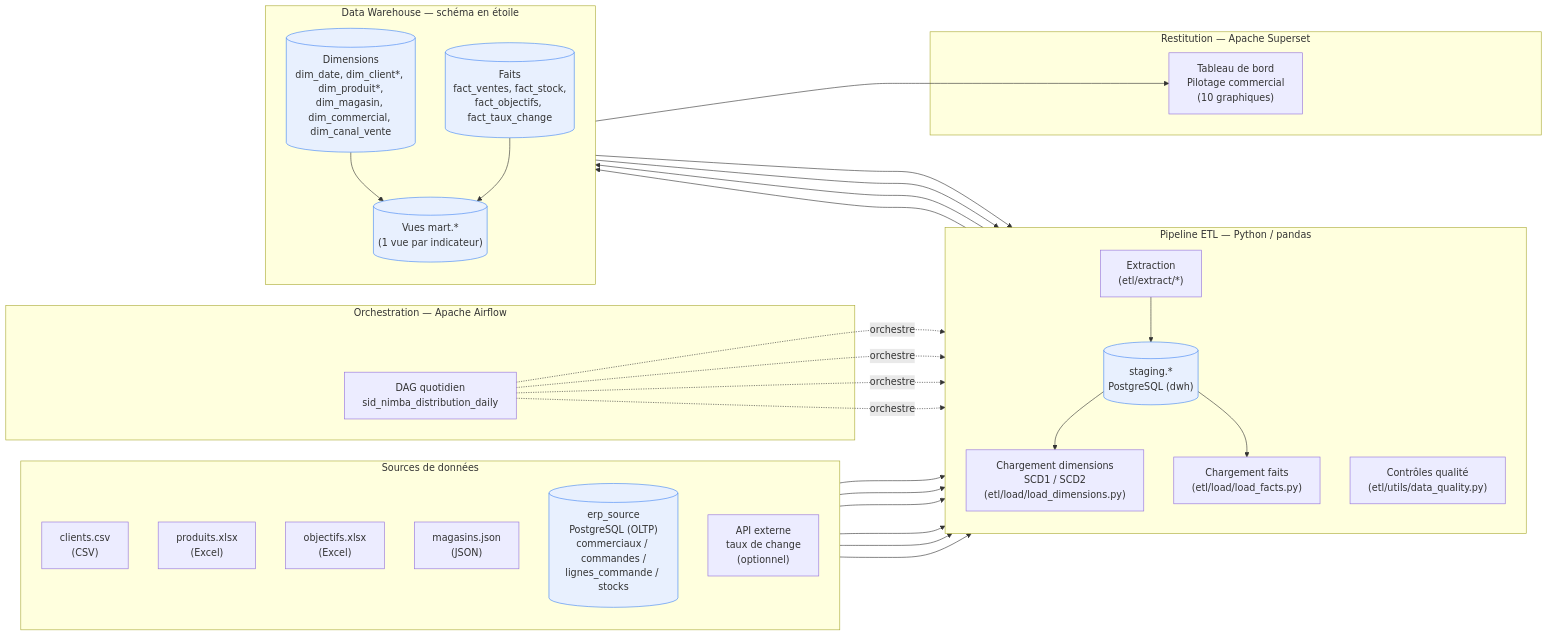
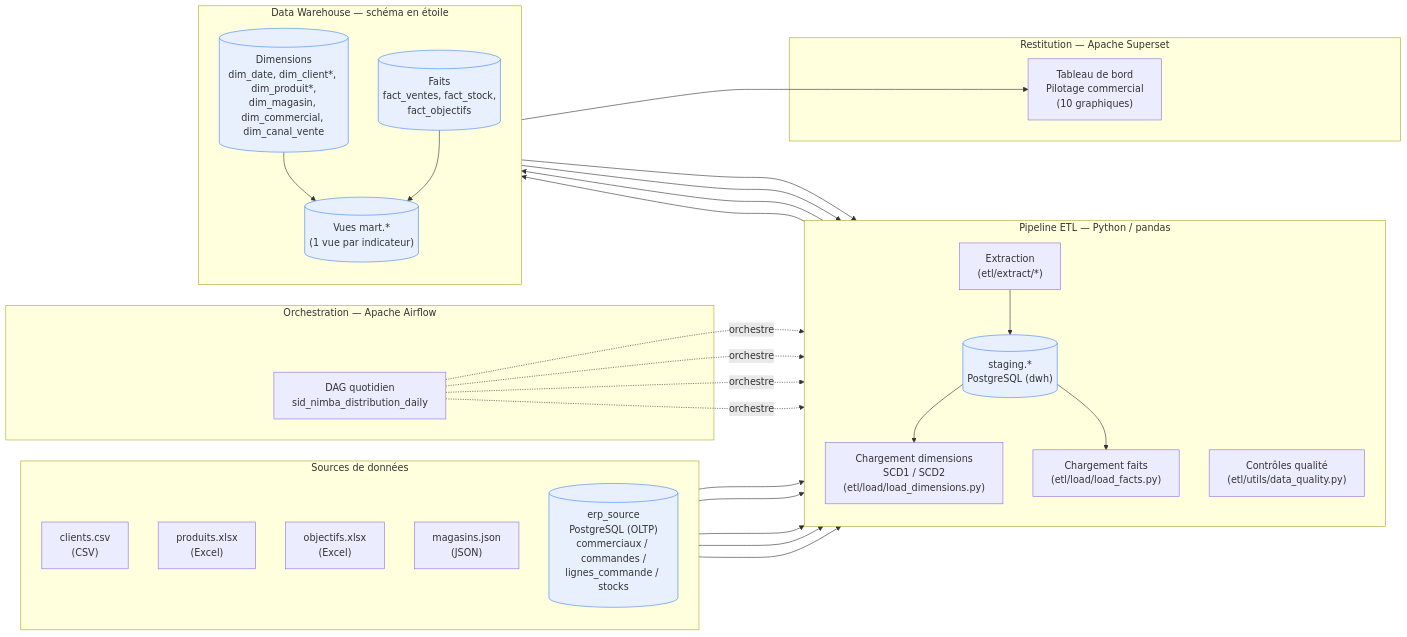
The second of 3 diagrams in docs/ARCHITECTURE.md (gbaderoga/sid-nimba-distribution), drawn with Mermaid before and after one commit. The commit also changed other lines of this file and 12 other files, not shown here.

First line of the commit message:
Retirer le module optionnel de taux de change (source API + fact_taux_change)

````diff
--- a/docs/ARCHITECTURE.md
+++ b/docs/ARCHITECTURE.md
@@ -40,60 +40,58 @@
 ```mermaid
 flowchart LR
     subgraph SOURCES["Sources de données"]
         direction TB
         CSV["clients.csv\n(CSV)"]
         XLS1["produits.xlsx\n(Excel)"]
         XLS2["objectifs.xlsx\n(Excel)"]
         JSON["magasins.json\n(JSON)"]
         ERP[("erp_source\nPostgreSQL (OLTP)\ncommerciaux / commandes /\nlignes_commande / stocks")]
-        API["API externe\ntaux de change\n(optionnel)"]
     end
 
     subgraph ETL["Pipeline ETL — Python / pandas"]
         direction TB
         EXTRACT["Extraction\n(etl/extract/*)"]
         STAGING[("staging.*\nPostgreSQL (dwh)")]
         LOADDIM["Chargement dimensions\nSCD1 / SCD2\n(etl/load/load_dimensions.py)"]
         LOADFACT["Chargement faits\n(etl/load/load_facts.py)"]
         DQ["Contrôles qualité\n(etl/utils/data_quality.py)"]
     end
 
     subgraph AIRFLOW["Orchestration — Apache Airflow"]
         DAG["DAG quotidien\nsid_nimba_distribution_daily"]
     end
 
     subgraph DWH["Data Warehouse — schéma en étoile"]
         direction TB
         DIMS[("Dimensions\ndim_date, dim_client*, dim_produit*,\ndim_magasin, dim_commercial, dim_canal_vente")]
-        FACTS[("Faits\nfact_ventes, fact_stock,\nfact_objectifs, fact_taux_change")]
+        FACTS[("Faits\nfact_ventes, fact_stock,\nfact_objectifs")]
         MART[("Vues mart.*\n(1 vue par indicateur)")]
     end
 
     subgraph BI["Restitution — Apache Superset"]
         DASH["Tableau de bord\nPilotage commercial\n(10 graphiques)"]
     end
 
     CSV --> EXTRACT
     XLS1 --> EXTRACT
     XLS2 --> EXTRACT
     JSON --> EXTRACT
     ERP --> EXTRACT
-    API --> EXTRACT
 
     EXTRACT --> STAGING
     STAGING --> LOADDIM --> DIMS
     STAGING --> LOADFACT
     DIMS --> LOADFACT --> FACTS
     FACTS --> DQ
     DIMS --> MART
     FACTS --> MART
     MART --> DASH
 
     DAG -. orchestre .-> EXTRACT
     DAG -. orchestre .-> LOADDIM
     DAG -. orchestre .-> LOADFACT
     DAG -. orchestre .-> DQ
 
     classDef store fill:#e8f0fe,stroke:#4285f4;
     class STAGING,DIMS,FACTS,MART,ERP store;
 ```
````
